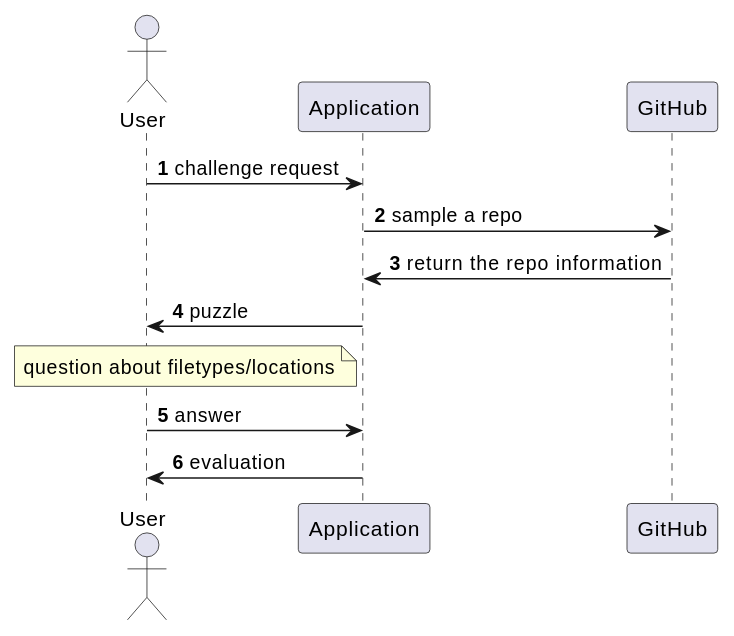
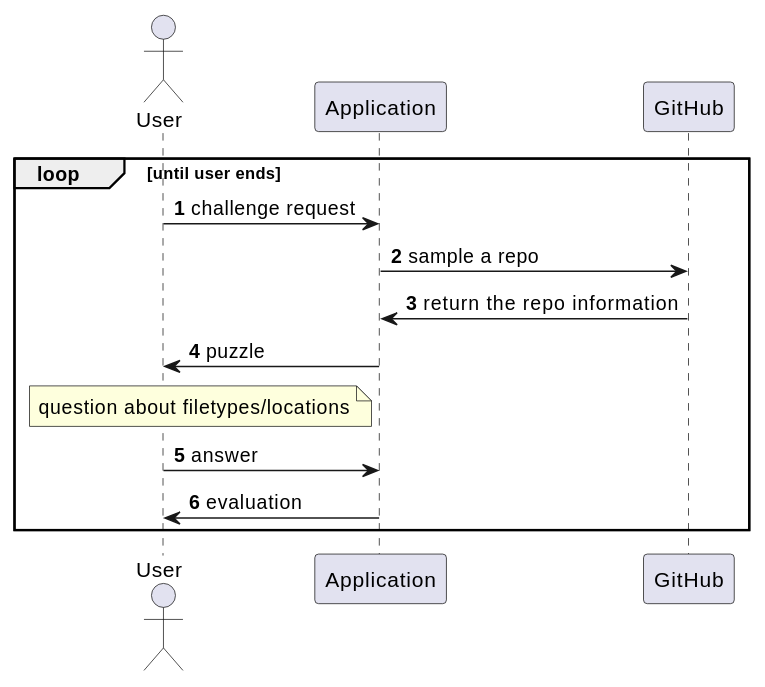
The first of 2 diagrams in docs/uml_modelling.md (maciejskorski/software_engineering), drawn with PlantUML before and after one commit. The commit also changed other lines of this file, not shown here.

Commit message:
update uml models

````diff
--- a/docs/uml_modelling.md
+++ b/docs/uml_modelling.md
@@ -14,17 +14,19 @@
 ```plantuml
 @startuml
 autonumber
 
 actor User as user
 participant "Application" as app
 participant "GitHub" as github
 
-user -> app: challenge request
-app -> github: sample a repo
-github -> app: return the repo information
-app -> user: puzzle
-note left of app: question about filetypes/locations
-user -> app: answer
-app -> user: evaluation
+loop until user ends
+    user -> app: challenge request
+    app -> github: sample a repo
+    github -> app: return the repo information
+    app -> user: puzzle
+    note left of app: question about filetypes/locations
+    user -> app: answer
+    app -> user: evaluation
+end 
 @enduml
 ```
````
